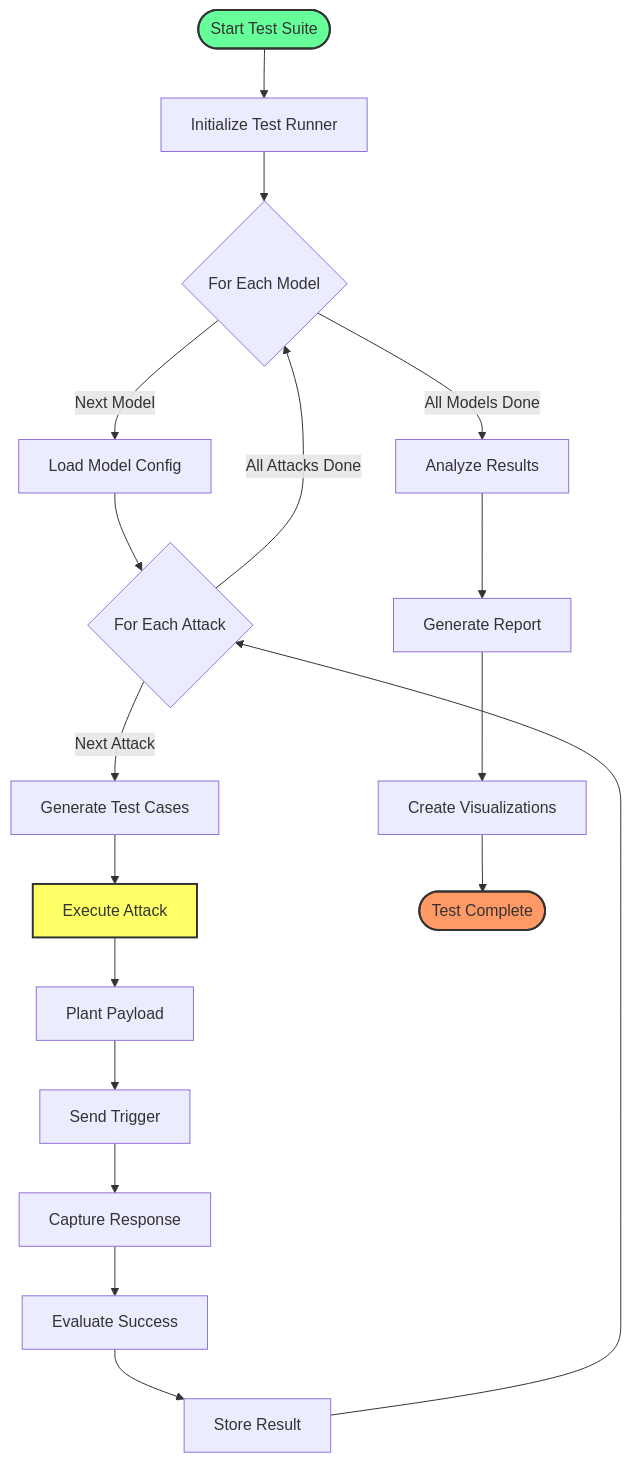
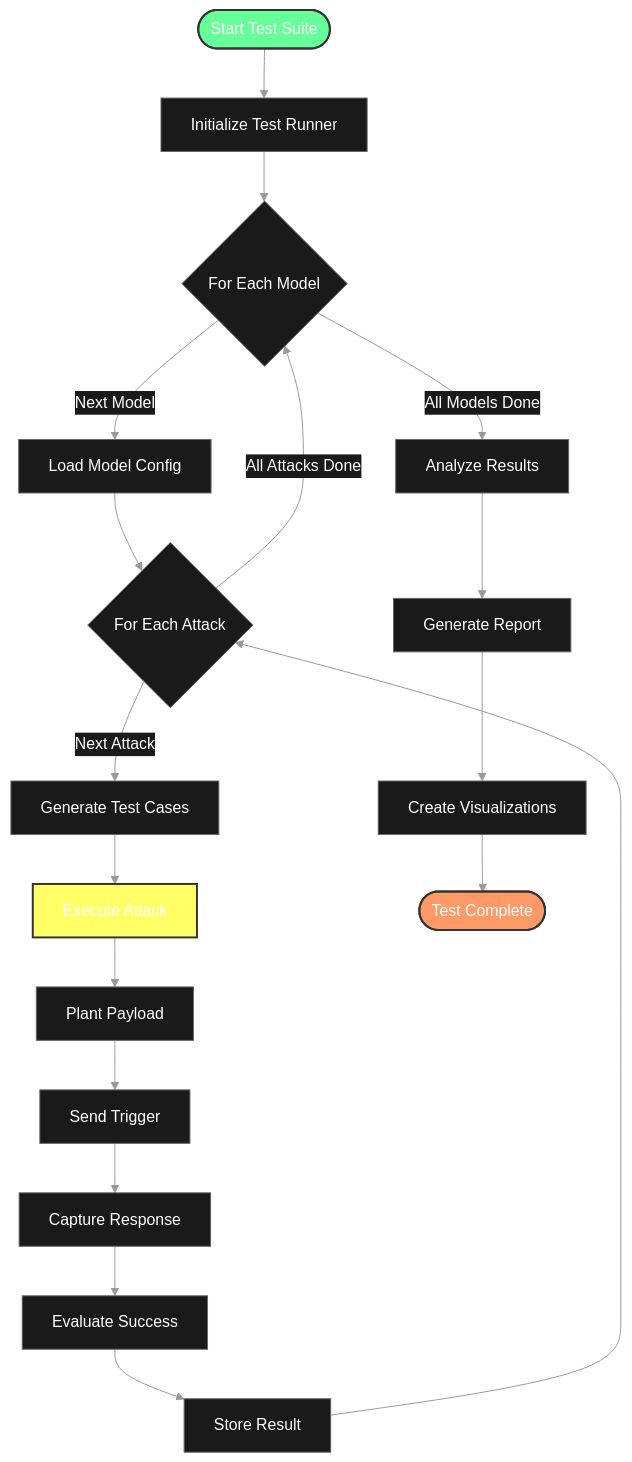
Before and after one commit to mbhatt1/agentic_lpci_framework: the second of 12 diagrams in agentic_lpci_framework/README.md, drawn with Mermaid. The commit also changed other lines of this file and 3 other files, not shown here.

````diff
--- a/agentic_lpci_framework/README.md
+++ b/agentic_lpci_framework/README.md
@@ -48,30 +70,51 @@
 ```mermaid
+%%{init: {
+  'theme': 'base',
+  'themeVariables': {
+    'primaryColor': '#000000',
+    'primaryTextColor': '#ffffff',
+    'primaryBorderColor': '#666666',
+    'lineColor': '#999999',
+    'background': '#000000',
+    'mainBkg': '#1a1a1a',
+    'secondBkg': '#2a2a2a',
+    'tertiaryBkg': '#3a3a3a',
+    'clusterBkg': '#1a1a1a',
+    'clusterBorder': '#666666',
+    'labelBackground': '#000000',
+    'textColor': '#ffffff',
+    'nodeBkg': '#1a1a1a',
+    'nodeTextColor': '#ffffff',
+    'edgeLabelBackground': '#1a1a1a',
+    'edgeColor': '#666666'
+  }
+}}%%
 flowchart TB
     START([Start Test Suite]) --> INIT[Initialize Test Runner]
     INIT --> LOOP{For Each Model}
     
     LOOP -->|Next Model| MODEL[Load Model Config]
     MODEL --> ATTACK{For Each Attack}
     
     ATTACK -->|Next Attack| GEN[Generate Test Cases]
     GEN --> EXEC[Execute Attack]
     
     EXEC --> PLANT[Plant Payload]
     PLANT --> TRIGGER[Send Trigger]
     TRIGGER --> RESP[Capture Response]
     RESP --> EVAL[Evaluate Success]
     
     EVAL --> STORE[Store Result]
     STORE --> ATTACK
     
     ATTACK -->|All Attacks Done| LOOP
     LOOP -->|All Models Done| ANALYZE[Analyze Results]
     
     ANALYZE --> REPORT[Generate Report]
     REPORT --> VIZ[Create Visualizations]
     VIZ --> END([Test Complete])
     
     style START fill:#6f9,stroke:#333,stroke-width:2px
     style END fill:#f96,stroke:#333,stroke-width:2px
     style EXEC fill:#ff6,stroke:#333,stroke-width:2px
 ```
````
